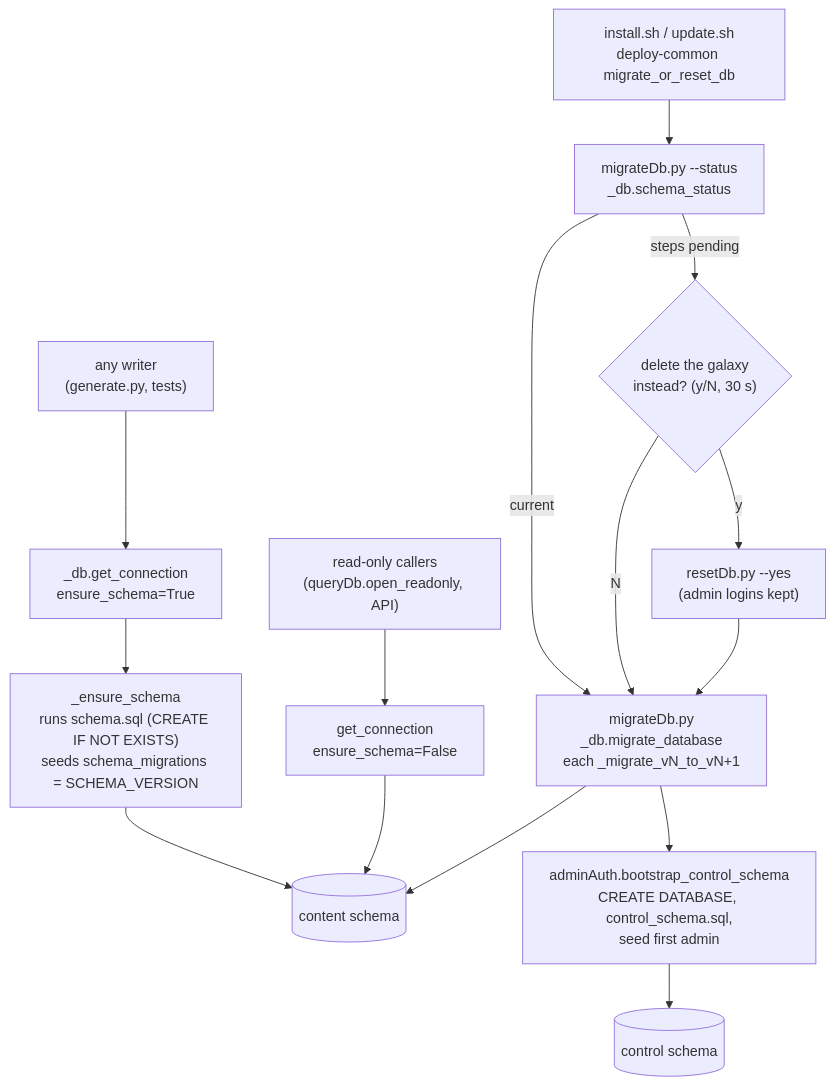
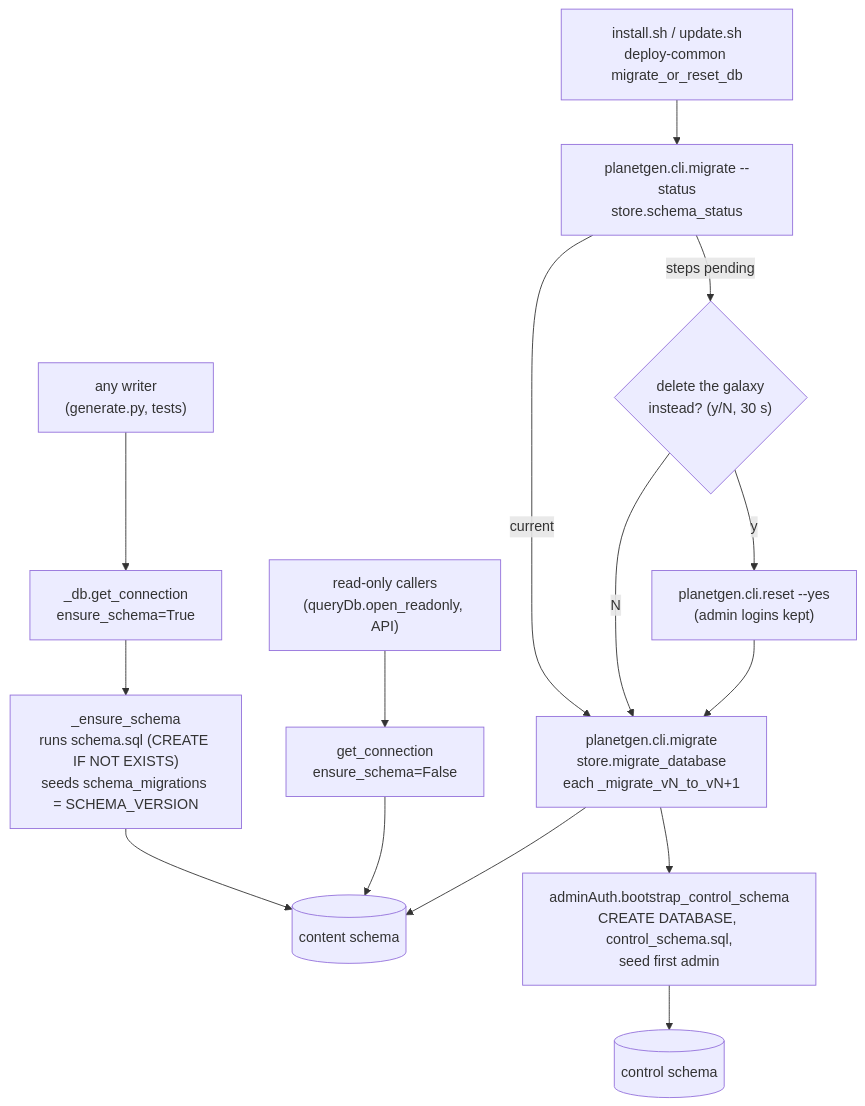
One commit to dwhagar/planetGen changed the fourth of 8 diagrams in docs/design/architecture.md. Above: the diagram before and after it, drawn with Mermaid. The commit also changed other lines of this file and 225 other files, not shown here.

First line of the commit message:
Move population, admin, db and the src/ scripts into planetgen (OPS.24 steps 6 to 8) (#450)

````diff
--- a/docs/design/architecture.md
+++ b/docs/design/architecture.md
@@ -493,19 +493,19 @@
 ```mermaid
 flowchart TD
     Any["any writer<br/>(generate.py, tests)"] --> GC["_db.get_connection<br/>ensure_schema=True"]
     GC --> ES["_ensure_schema<br/>runs schema.sql (CREATE IF NOT EXISTS)<br/>seeds schema_migrations = SCHEMA_VERSION"]
     ES --> Content[("content schema")]
 
     RO["read-only callers<br/>(queryDb.open_readonly, API)"] --> NoDDL["get_connection<br/>ensure_schema=False"]
     NoDDL --> Content
 
-    Inst["install.sh / update.sh<br/>deploy-common migrate_or_reset_db"] --> Status["migrateDb.py --status<br/>_db.schema_status"]
+    Inst["install.sh / update.sh<br/>deploy-common migrate_or_reset_db"] --> Status["planetgen.cli.migrate --status<br/>store.schema_status"]
     Status -->|"steps pending"| Ask{"delete the galaxy<br/>instead? (y/N, 30 s)"}
     Status -->|"current"| Mig
-    Ask -->|"N"| Mig["migrateDb.py<br/>_db.migrate_database<br/>each _migrate_vN_to_vN+1"]
-    Ask -->|"y"| Reset["resetDb.py --yes<br/>(admin logins kept)"]
+    Ask -->|"N"| Mig["planetgen.cli.migrate<br/>store.migrate_database<br/>each _migrate_vN_to_vN+1"]
+    Ask -->|"y"| Reset["planetgen.cli.reset --yes<br/>(admin logins kept)"]
     Reset --> Mig
     Mig --> Content
     Mig --> Boot["adminAuth.bootstrap_control_schema<br/>CREATE DATABASE, control_schema.sql,<br/>seed first admin"]
     Boot --> Control[("control schema")]
 ```
````
